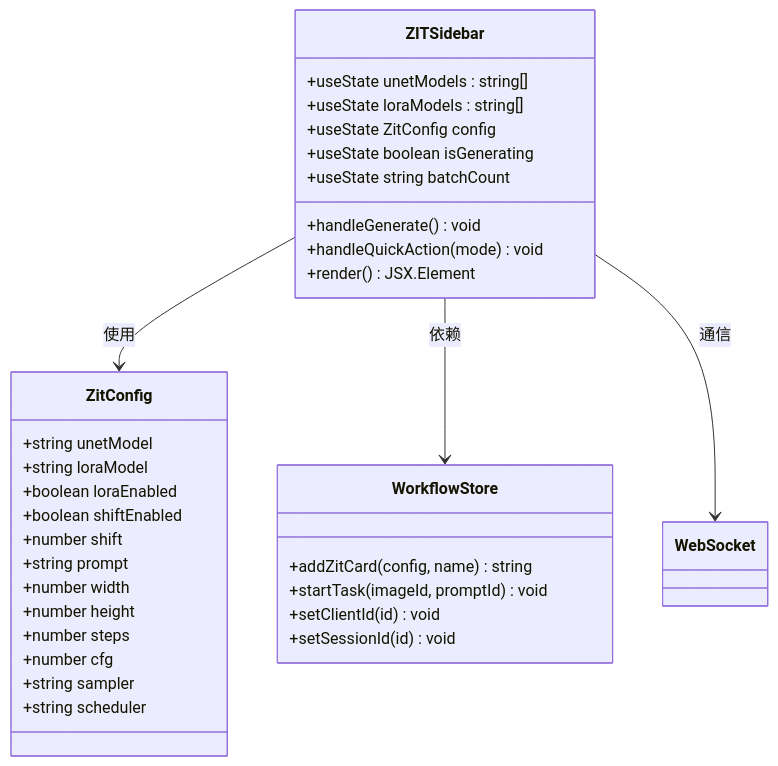
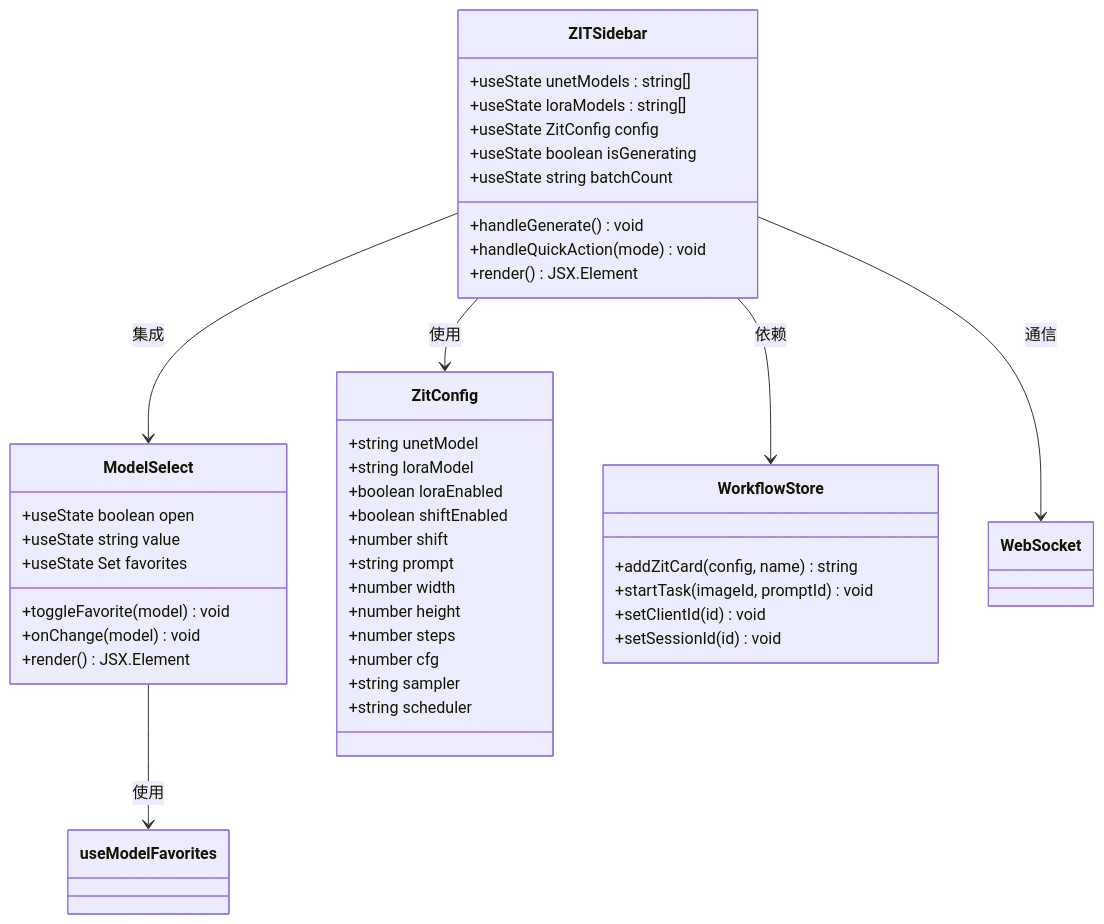
The third of 8 diagrams in .qoder/repowiki/zh/content/用户界面组件/控制面板组件/ZIT快出侧边栏.md (billye220670/CorineKit_Pix2Real), drawn with Mermaid before and after one commit. The commit also changed other lines of this file and 54 other files, not shown here.

First line of the commit message:
feat: 模型下拉菜单元数据管理（缩略图+重命名）及session mask恢复优化

````diff
--- a/.qoder/repowiki/zh/content/用户界面组件/控制面板组件/ZIT快出侧边栏.md
+++ b/.qoder/repowiki/zh/content/用户界面组件/控制面板组件/ZIT快出侧边栏.md
@@ -139,36 +163,46 @@
 ```mermaid
 classDiagram
 class ZITSidebar {
 +useState unetModels : string[]
 +useState loraModels : string[]
 +useState ZitConfig config
 +useState boolean isGenerating
 +useState string batchCount
 +handleGenerate() void
 +handleQuickAction(mode) void
++render() JSX.Element
+}
+class ModelSelect {
++useState boolean open
++useState string value
++useState Set favorites
++toggleFavorite(model) void
++onChange(model) void
 +render() JSX.Element
 }
 class ZitConfig {
 +string unetModel
 +string loraModel
 +boolean loraEnabled
 +boolean shiftEnabled
 +number shift
 +string prompt
 +number width
 +number height
 +number steps
 +number cfg
 +string sampler
 +string scheduler
 }
 class WorkflowStore {
 +addZitCard(config, name) string
 +startTask(imageId, promptId) void
 +setClientId(id) void
 +setSessionId(id) void
 }
+ZITSidebar --> ModelSelect : 集成
 ZITSidebar --> ZitConfig : 使用
 ZITSidebar --> WorkflowStore : 依赖
 ZITSidebar --> WebSocket : 通信
+ModelSelect --> useModelFavorites : 使用
 ```
````
